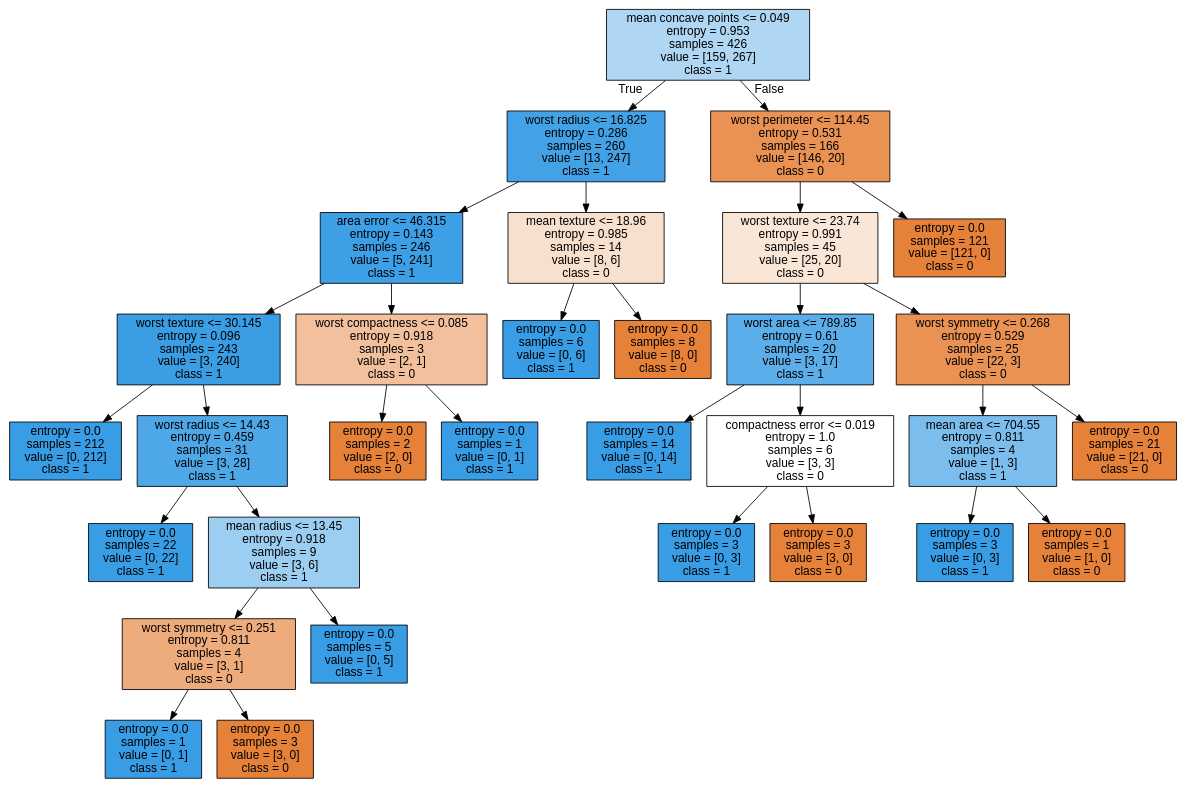
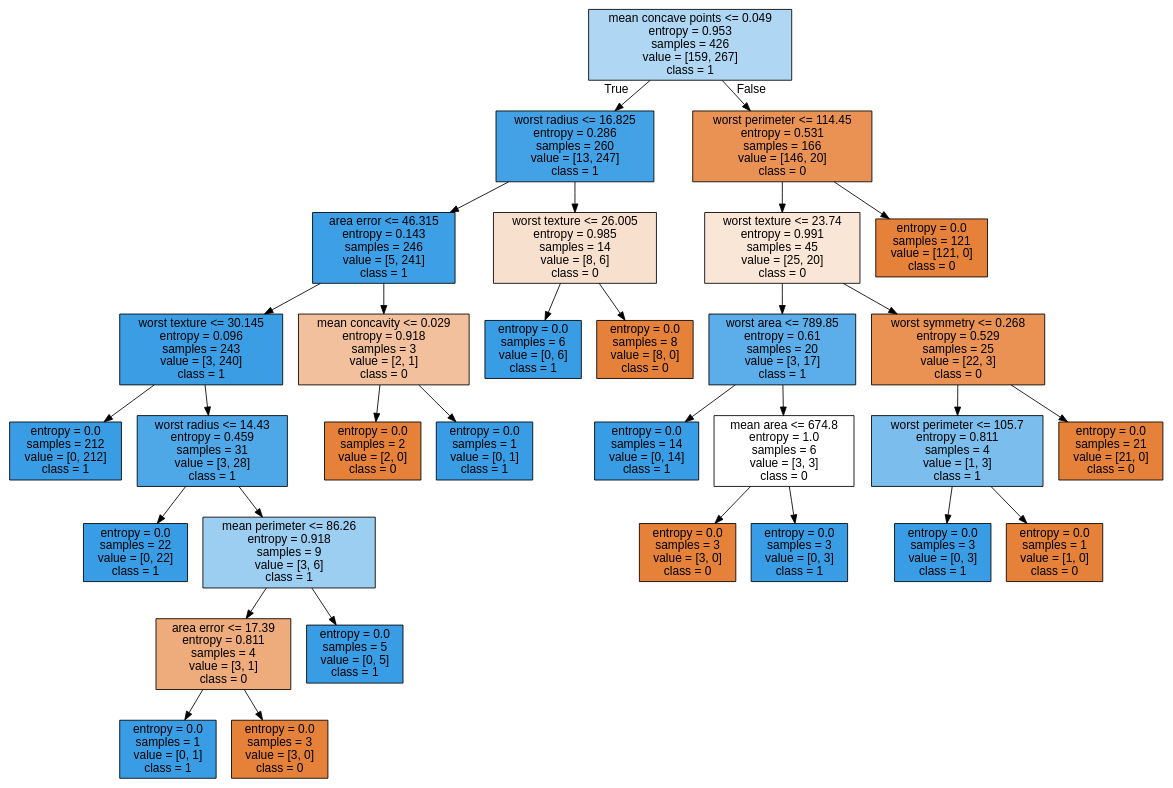
Before and after one commit to michaeljharris/Intro_to_Machine_Learning_Student_Workbooks: the diagram in tree.dot, drawn with Graphviz. The commit also changed 101 other files, not shown here.

```diff
--- a/tree.dot
+++ b/tree.dot
@@ -1,65 +1,65 @@
 digraph Tree {
 node [shape=box, style="filled", color="black", fontname="helvetica"] ;
 edge [fontname="helvetica"] ;
 0 [label="mean concave points <= 0.049\nentropy = 0.953\nsamples = 426\nvalue = [159, 267]\nclass = 1", fillcolor="#afd7f4"] ;
 1 [label="worst radius <= 16.825\nentropy = 0.286\nsamples = 260\nvalue = [13, 247]\nclass = 1", fillcolor="#43a2e6"] ;
 0 -> 1 [labeldistance=2.5, labelangle=45, headlabel="True"] ;
 2 [label="area error <= 46.315\nentropy = 0.143\nsamples = 246\nvalue = [5, 241]\nclass = 1", fillcolor="#3d9fe6"] ;
 1 -> 2 ;
 3 [label="worst texture <= 30.145\nentropy = 0.096\nsamples = 243\nvalue = [3, 240]\nclass = 1", fillcolor="#3b9ee5"] ;
 2 -> 3 ;
 4 [label="entropy = 0.0\nsamples = 212\nvalue = [0, 212]\nclass = 1", fillcolor="#399de5"] ;
 3 -> 4 ;
 5 [label="worst radius <= 14.43\nentropy = 0.459\nsamples = 31\nvalue = [3, 28]\nclass = 1", fillcolor="#4ea8e8"] ;
 3 -> 5 ;
 6 [label="entropy = 0.0\nsamples = 22\nvalue = [0, 22]\nclass = 1", fillcolor="#399de5"] ;
 5 -> 6 ;
-7 [label="mean radius <= 13.45\nentropy = 0.918\nsamples = 9\nvalue = [3, 6]\nclass = 1", fillcolor="#9ccef2"] ;
+7 [label="mean perimeter <= 86.26\nentropy = 0.918\nsamples = 9\nvalue = [3, 6]\nclass = 1", fillcolor="#9ccef2"] ;
 5 -> 7 ;
-8 [label="worst symmetry <= 0.251\nentropy = 0.811\nsamples = 4\nvalue = [3, 1]\nclass = 0", fillcolor="#eeab7b"] ;
+8 [label="area error <= 17.39\nentropy = 0.811\nsamples = 4\nvalue = [3, 1]\nclass = 0", fillcolor="#eeab7b"] ;
 7 -> 8 ;
 9 [label="entropy = 0.0\nsamples = 1\nvalue = [0, 1]\nclass = 1", fillcolor="#399de5"] ;
 8 -> 9 ;
 10 [label="entropy = 0.0\nsamples = 3\nvalue = [3, 0]\nclass = 0", fillcolor="#e58139"] ;
 8 -> 10 ;
 11 [label="entropy = 0.0\nsamples = 5\nvalue = [0, 5]\nclass = 1", fillcolor="#399de5"] ;
 7 -> 11 ;
-12 [label="worst compactness <= 0.085\nentropy = 0.918\nsamples = 3\nvalue = [2, 1]\nclass = 0", fillcolor="#f2c09c"] ;
+12 [label="mean concavity <= 0.029\nentropy = 0.918\nsamples = 3\nvalue = [2, 1]\nclass = 0", fillcolor="#f2c09c"] ;
 2 -> 12 ;
 13 [label="entropy = 0.0\nsamples = 2\nvalue = [2, 0]\nclass = 0", fillcolor="#e58139"] ;
 12 -> 13 ;
 14 [label="entropy = 0.0\nsamples = 1\nvalue = [0, 1]\nclass = 1", fillcolor="#399de5"] ;
 12 -> 14 ;
-15 [label="mean texture <= 18.96\nentropy = 0.985\nsamples = 14\nvalue = [8, 6]\nclass = 0", fillcolor="#f8e0ce"] ;
+15 [label="worst texture <= 26.005\nentropy = 0.985\nsamples = 14\nvalue = [8, 6]\nclass = 0", fillcolor="#f8e0ce"] ;
 1 -> 15 ;
 16 [label="entropy = 0.0\nsamples = 6\nvalue = [0, 6]\nclass = 1", fillcolor="#399de5"] ;
 15 -> 16 ;
 17 [label="entropy = 0.0\nsamples = 8\nvalue = [8, 0]\nclass = 0", fillcolor="#e58139"] ;
 15 -> 17 ;
 18 [label="worst perimeter <= 114.45\nentropy = 0.531\nsamples = 166\nvalue = [146, 20]\nclass = 0", fillcolor="#e99254"] ;
 0 -> 18 [labeldistance=2.5, labelangle=-45, headlabel="False"] ;
 19 [label="worst texture <= 23.74\nentropy = 0.991\nsamples = 45\nvalue = [25, 20]\nclass = 0", fillcolor="#fae6d7"] ;
 18 -> 19 ;
 20 [label="worst area <= 789.85\nentropy = 0.61\nsamples = 20\nvalue = [3, 17]\nclass = 1", fillcolor="#5caeea"] ;
 19 -> 20 ;
 21 [label="entropy = 0.0\nsamples = 14\nvalue = [0, 14]\nclass = 1", fillcolor="#399de5"] ;
 20 -> 21 ;
-22 [label="compactness error <= 0.019\nentropy = 1.0\nsamples = 6\nvalue = [3, 3]\nclass = 0", fillcolor="#ffffff"] ;
+22 [label="mean area <= 674.8\nentropy = 1.0\nsamples = 6\nvalue = [3, 3]\nclass = 0", fillcolor="#ffffff"] ;
 20 -> 22 ;
-23 [label="entropy = 0.0\nsamples = 3\nvalue = [0, 3]\nclass = 1", fillcolor="#399de5"] ;
+23 [label="entropy = 0.0\nsamples = 3\nvalue = [3, 0]\nclass = 0", fillcolor="#e58139"] ;
 22 -> 23 ;
-24 [label="entropy = 0.0\nsamples = 3\nvalue = [3, 0]\nclass = 0", fillcolor="#e58139"] ;
+24 [label="entropy = 0.0\nsamples = 3\nvalue = [0, 3]\nclass = 1", fillcolor="#399de5"] ;
 22 -> 24 ;
 25 [label="worst symmetry <= 0.268\nentropy = 0.529\nsamples = 25\nvalue = [22, 3]\nclass = 0", fillcolor="#e99254"] ;
 19 -> 25 ;
-26 [label="mean area <= 704.55\nentropy = 0.811\nsamples = 4\nvalue = [1, 3]\nclass = 1", fillcolor="#7bbeee"] ;
+26 [label="worst perimeter <= 105.7\nentropy = 0.811\nsamples = 4\nvalue = [1, 3]\nclass = 1", fillcolor="#7bbeee"] ;
 25 -> 26 ;
 27 [label="entropy = 0.0\nsamples = 3\nvalue = [0, 3]\nclass = 1", fillcolor="#399de5"] ;
 26 -> 27 ;
 28 [label="entropy = 0.0\nsamples = 1\nvalue = [1, 0]\nclass = 0", fillcolor="#e58139"] ;
 26 -> 28 ;
 29 [label="entropy = 0.0\nsamples = 21\nvalue = [21, 0]\nclass = 0", fillcolor="#e58139"] ;
 25 -> 29 ;
 30 [label="entropy = 0.0\nsamples = 121\nvalue = [121, 0]\nclass = 0", fillcolor="#e58139"] ;
 18 -> 30 ;
 }
```
